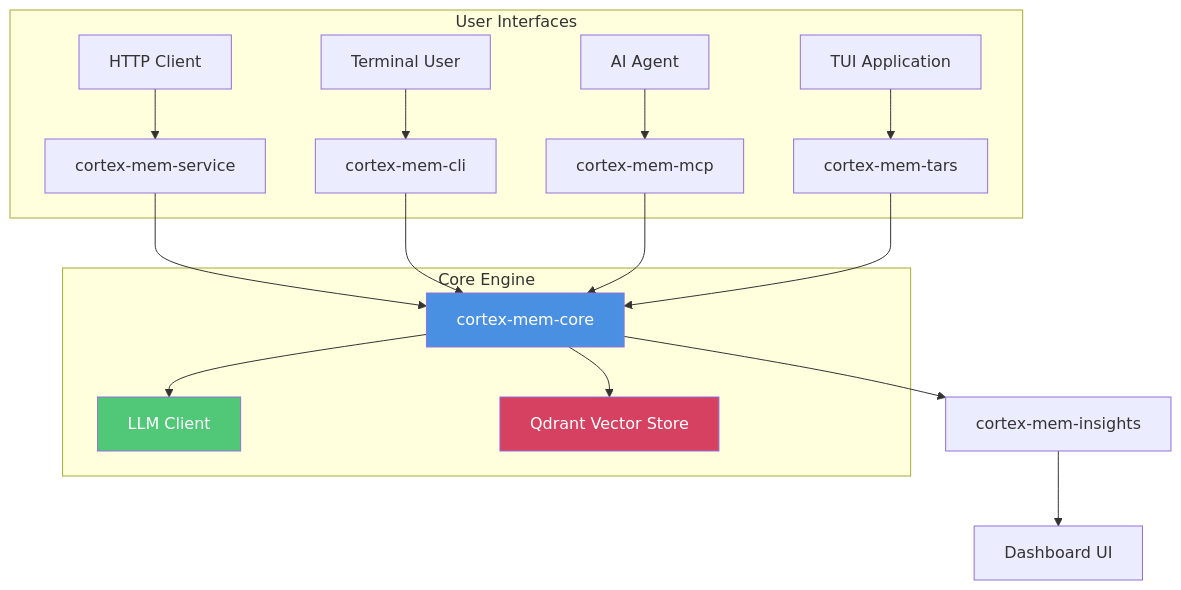
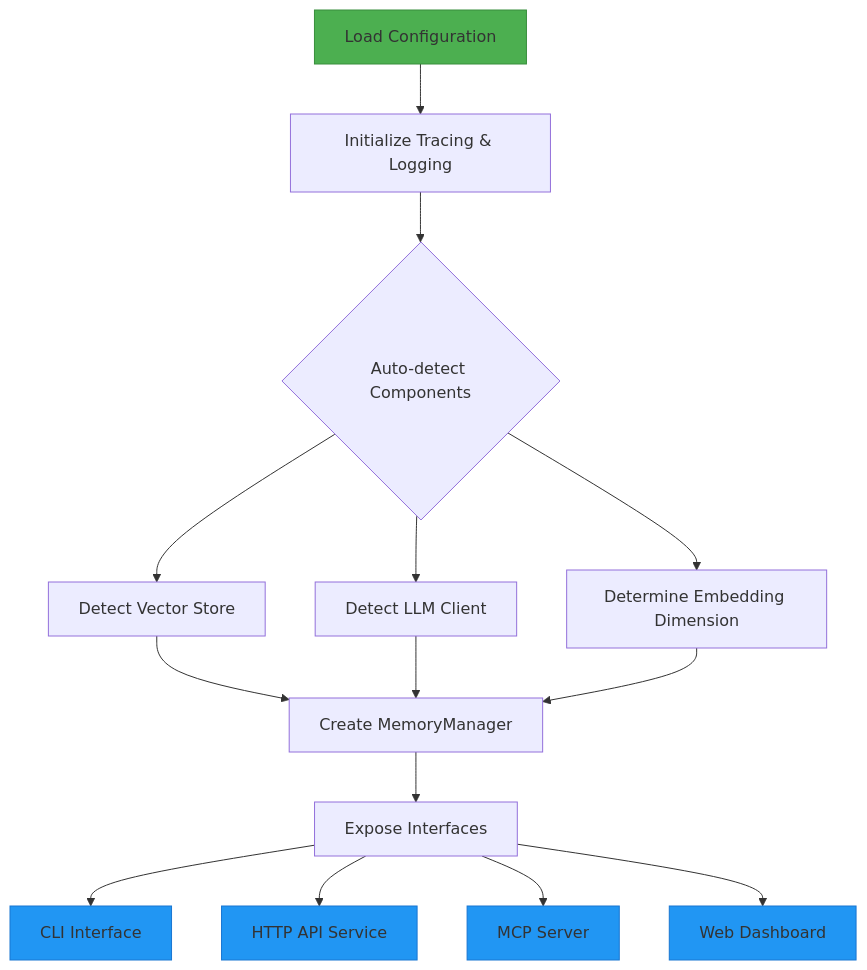
Before and after one commit to sopaco/cortex-mem: the second of 6 diagrams in litho.docs/3.Workflow.md, drawn with Mermaid. The commit also changed other lines of this file and 11 other files, not shown here.

````diff
--- a/litho.docs/3.Workflow.md
+++ b/litho.docs/3.Workflow.md
@@ -41,26 +100,24 @@
 ```mermaid
 graph TD
-    subgraph "User Interfaces"
-        A[HTTP Client] --> C[cortex-mem-service]
-        B[Terminal User] --> D[cortex-mem-cli]
-        E[AI Agent] --> F[cortex-mem-mcp]
-        G[TUI Application] --> H[cortex-mem-tars]
-    end
+    A[Load Configuration] --> B[Initialize Tracing & Logging]
+    B --> C{Auto-detect Components}
+    C --> D[Detect Vector Store]
+    C --> E[Detect LLM Client]
+    C --> F[Determine Embedding Dimension]
 
-    C --> I[cortex-mem-core]
-    D --> I
-    F --> I
-    H --> I
+    D --> G[Create MemoryManager]
+    E --> G
+    F --> G
 
-    subgraph "Core Engine"
-        I --> J[LLM Client]
-        I --> K[Qdrant Vector Store]
-    end
+    G --> H[Expose Interfaces]
+    H --> I[CLI Interface]
+    H --> J[HTTP API Service]
+    H --> K[MCP Server]
+    H --> L[Web Dashboard]
 
-    I --> L[cortex-mem-insights]
-    L --> M[Dashboard UI]
-
-    style I fill:#4a90e2,color:white
-    style J fill:#50c878,color:white
-    style K fill:#d64161,color:white
+    style A fill:#4CAF50,stroke:#388E3C
+    style I fill:#2196F3,stroke:#1976D2
+    style J fill:#2196F3,stroke:#1976D2
+    style K fill:#2196F3,stroke:#1976D2
+    style L fill:#2196F3,stroke:#1976D2
 ```
````
